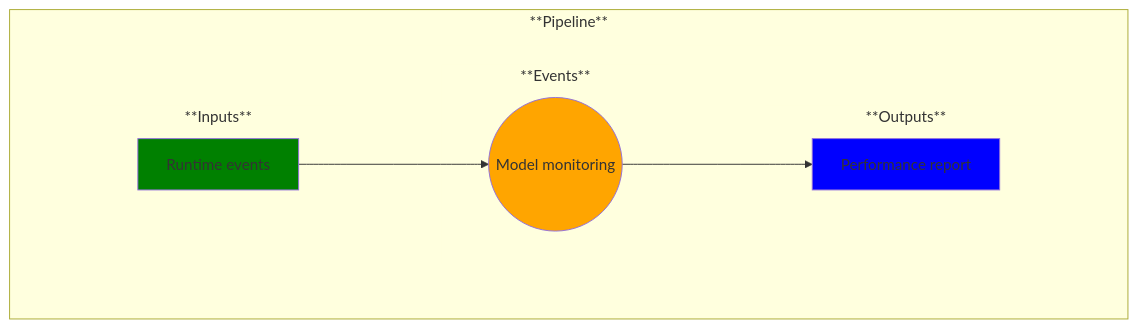
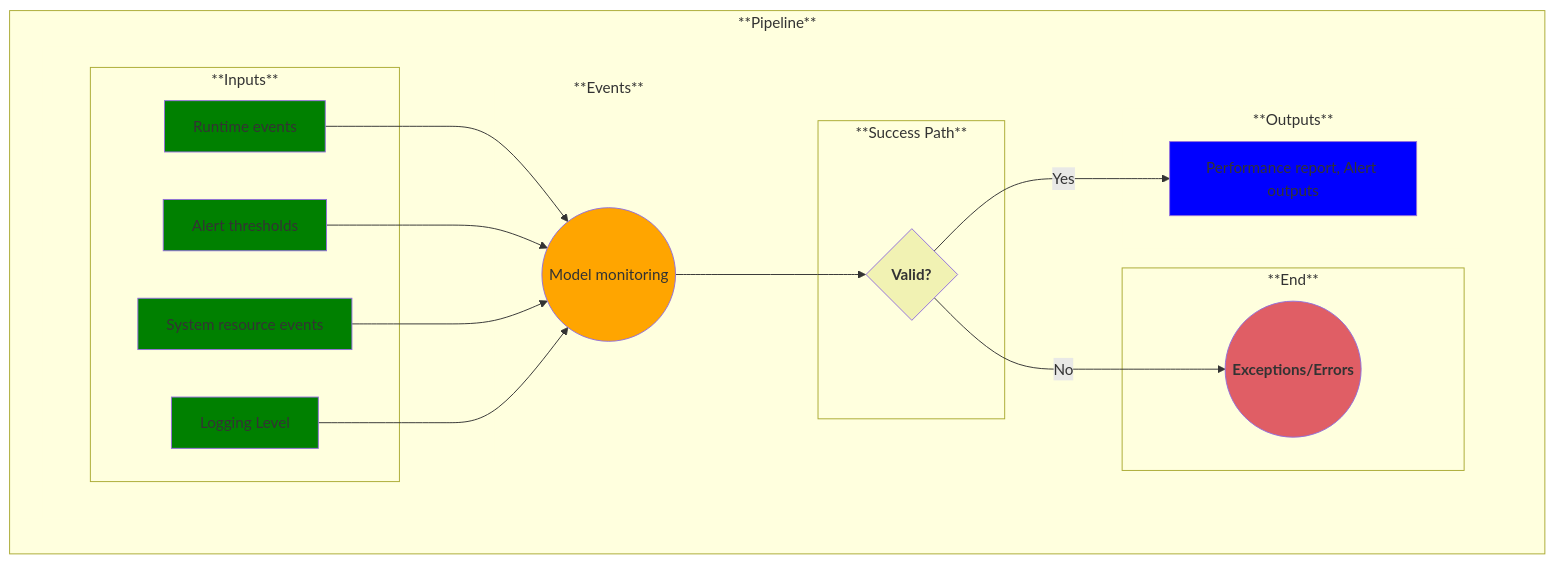
Before and after one commit to MLOps-OpenAPI/arch-diagrams: the diagram in use-cases/21-model-monitoring.md, drawn with Mermaid. The commit also changed other lines of this file, not shown here.

Commit message:
updates made for issue #62

```diff
--- a/use-cases/21-model-monitoring.md
+++ b/use-cases/21-model-monitoring.md
@@ -29,32 +39,68 @@
 
             %% Add the rest of the nodes
             subgraph Inputs ["**Inputs**"]
-                A
+                A1
+            end
+            subgraph Inputs ["**Inputs**"]
+                A2
+            end
+            subgraph Inputs ["**Inputs**"]
+                A3
+            end
+            subgraph Inputs ["**Inputs**"]
+                A4
             end
             subgraph Events ["**Events**"]
                 B
             end
-            subgraph Outputs ["**Outputs**"]
+            subgraph Success ["**Success Path**"]
                 C
             end
+            subgraph End ["**End**"]
+                E
+            end
+            subgraph Outputs ["**Outputs**"]
+                D
+            end
         end
-        A-->B
+        A1-->B
+        A2-->B
+        A3-->B
+        A4-->B
+
         %%C--> | test text | D
         B-->C
+        C--> |Yes | D
+        C--> |No | E
         %%D--> | test text | E
     end
 
     %% Now label and style the blocks
     %% Note: You could have done this above, but I find this to be cleaner and easier to manage
 
-    A[Runtime events]
-    style A fill:green
+    A1[Runtime events]
+    style A1 fill:green
+
+    A2[Alert thresholds]
+    style A2 fill:green
+
+    A3[System resource events]
+    style A3 fill:green
+
+    A4[Logging Level]
+    style A4 fill:green
 
     B((Model monitoring))
     style B fill:orange
 
-    C[Performance report]
-    style C fill:blue
+    C{<b>Valid?</b>}
+    style C fill:#f1f2b3
+
+    E((<b>Exceptions/Errors</b>))
+    style E fill:#e05e65
+
+    D[Performance report, Alert outputs]
+    style D fill:blue
 
     %% Remove unnecessary box outlines
     style invisibleSpace stroke-width:0
```
